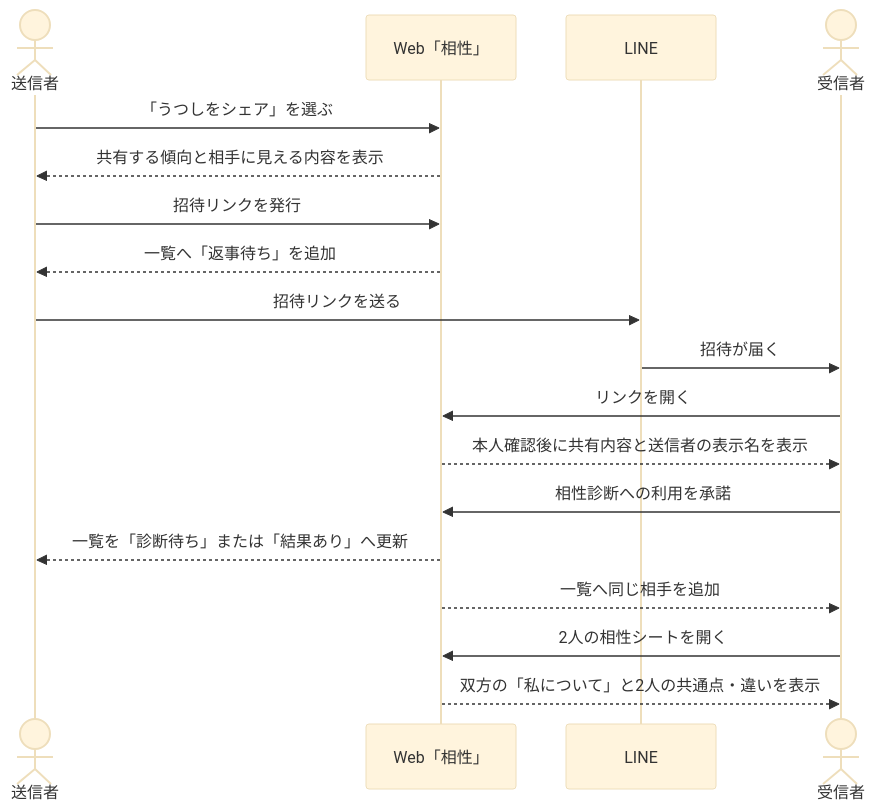
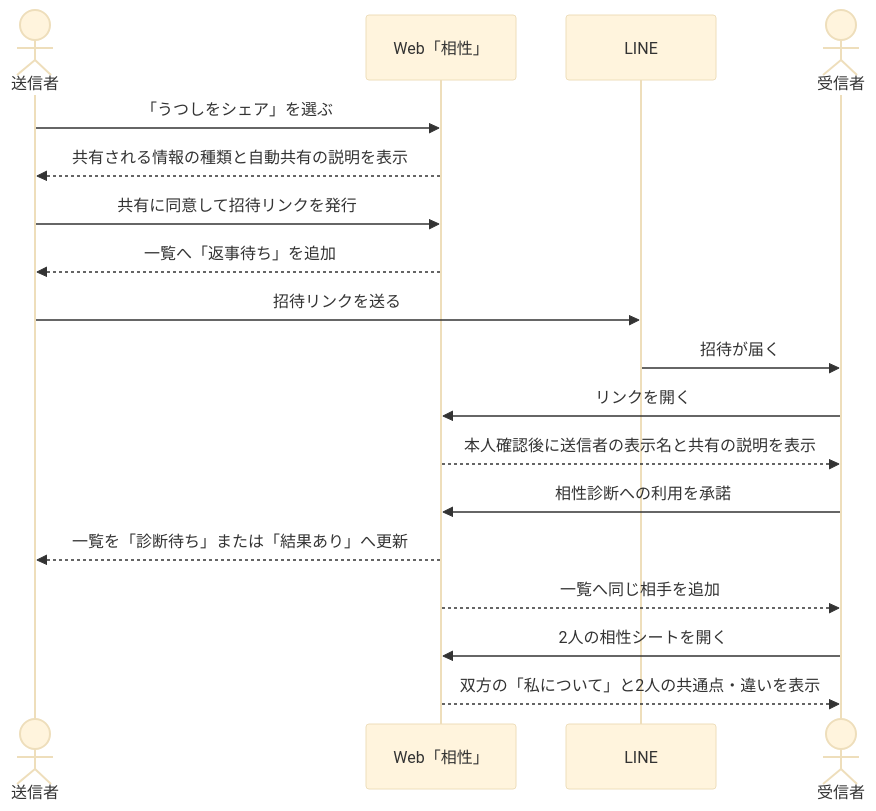
One commit to kkyosuke/me-builder changed the first of 2 diagrams in docs/product/compatibility-experience.md. Above: the diagram before and after it, drawn with Mermaid (base theme). The commit also changed other lines of this file and 68 other files, not shown here.

````diff
--- a/docs/product/compatibility-experience.md
+++ b/docs/product/compatibility-experience.md
@@ -33,21 +39,21 @@
 ```mermaid
 sequenceDiagram
     actor S as 送信者
     participant W as Web「相性」
     participant L as LINE
     actor R as 受信者
 
     S->>W: 「うつしをシェア」を選ぶ
-    W-->>S: 共有する傾向と相手に見える内容を表示
-    S->>W: 招待リンクを発行
+    W-->>S: 共有される情報の種類と自動共有の説明を表示
+    S->>W: 共有に同意して招待リンクを発行
     W-->>S: 一覧へ「返事待ち」を追加
     S->>L: 招待リンクを送る
     L->>R: 招待が届く
     R->>W: リンクを開く
-    W-->>R: 本人確認後に共有内容と送信者の表示名を表示
+    W-->>R: 本人確認後に送信者の表示名と共有の説明を表示
     R->>W: 相性診断への利用を承諾
     W-->>S: 一覧を「診断待ち」または「結果あり」へ更新
     W-->>R: 一覧へ同じ相手を追加
     R->>W: 2人の相性シートを開く
     W-->>R: 双方の「私について」と2人の共通点・違いを表示
 ```
````
